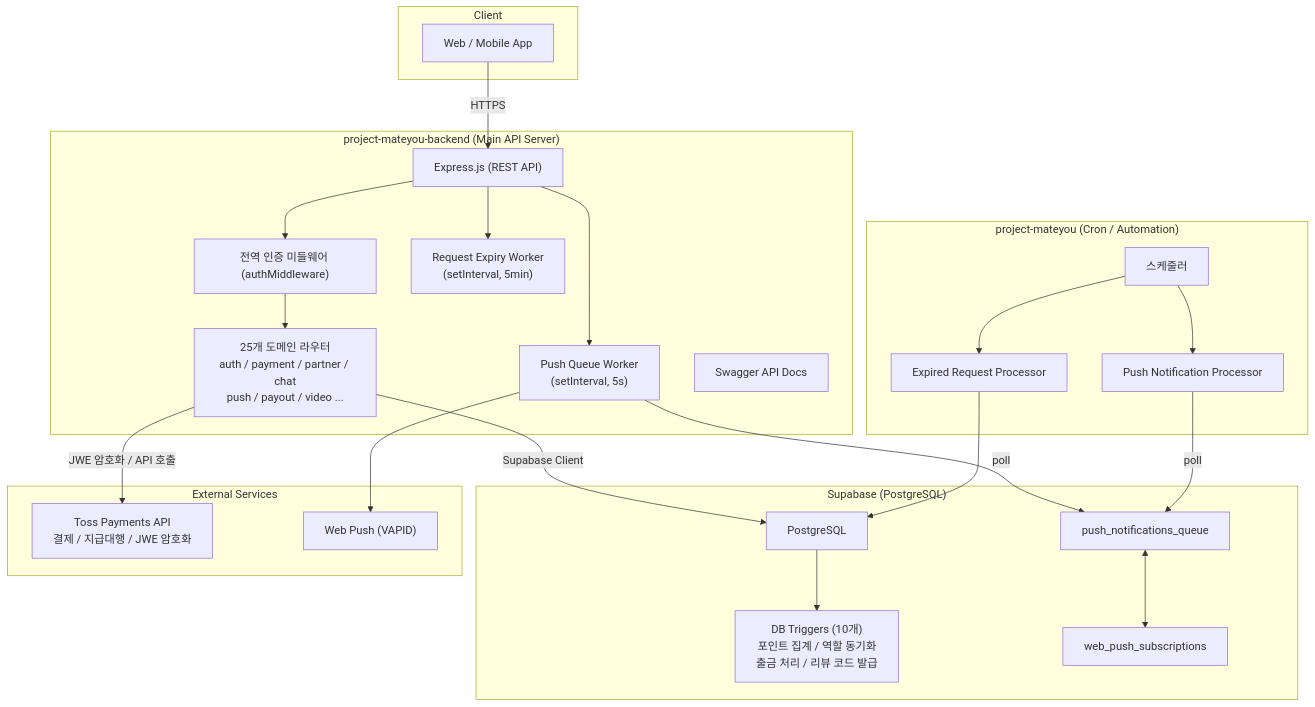
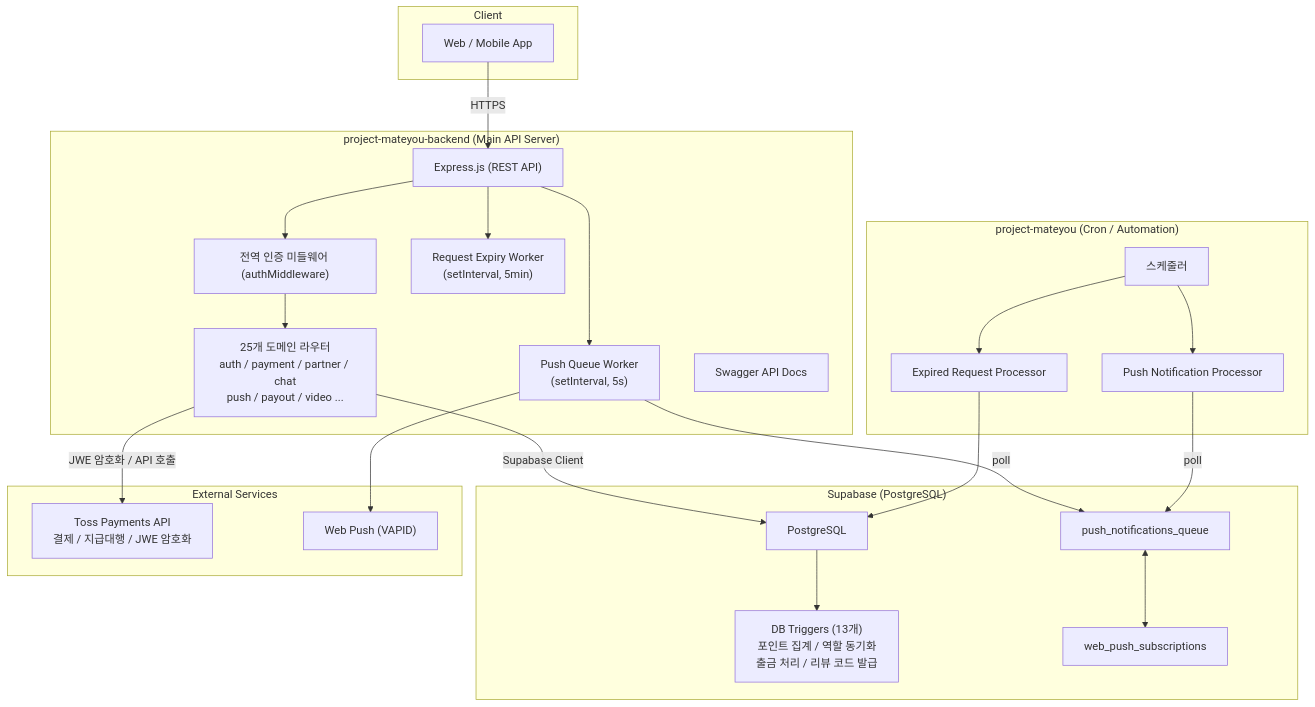
The diagram in my-portfolio/project-mateyou-backend/README.md (youngjaiii/my-portfolio), drawn with Mermaid before and after one commit.

````diff
--- a/my-portfolio/project-mateyou-backend/README.md
+++ b/my-portfolio/project-mateyou-backend/README.md
@@ -37,47 +37,47 @@
 ```mermaid
 graph TD
     subgraph Client
         WEB["Web / Mobile App"]
     end
 
     subgraph "project-mateyou-backend (Main API Server)"
         EXPRESS["Express.js (REST API)"]
         MW["전역 인증 미들웨어 (authMiddleware)"]
         ROUTES["25개 도메인 라우터<br/>auth / payment / partner / chat<br/>push / payout / video ..."]
         WORKER_PUSH["Push Queue Worker<br/>(setInterval, 5s)"]
         WORKER_EXPIRY["Request Expiry Worker<br/>(setInterval, 5min)"]
         SWAGGER["Swagger API Docs"]
     end
 
     subgraph "project-mateyou (Cron / Automation)"
         CRON["스케줄러"]
         PUSH_PROC["Push Notification Processor"]
         EXPIRY_PROC["Expired Request Processor"]
     end
 
     subgraph "Supabase (PostgreSQL)"
         DB["PostgreSQL"]
-        TRIGGERS["DB Triggers (10개)<br/>포인트 집계 / 역할 동기화<br/>출금 처리 / 리뷰 코드 발급"]
+        TRIGGERS["DB Triggers (13개)<br/>포인트 집계 / 역할 동기화<br/>출금 처리 / 리뷰 코드 발급"]
         PUSH_Q["push_notifications_queue"]
         WEB_PUSH_SUB["web_push_subscriptions"]
     end
 
     subgraph "External Services"
         TOSS["Toss Payments API<br/>결제 / 지급대행 / JWE 암호화"]
         WEBPUSH["Web Push (VAPID)"]
     end
 
     WEB -->|HTTPS| EXPRESS
     EXPRESS --> MW --> ROUTES
     EXPRESS --> WORKER_PUSH
     EXPRESS --> WORKER_EXPIRY
     ROUTES -->|Supabase Client| DB
     DB --> TRIGGERS
     WORKER_PUSH -->|poll| PUSH_Q
     WORKER_PUSH --> WEBPUSH
     PUSH_Q <--> WEB_PUSH_SUB
     ROUTES -->|JWE 암호화 / API 호출| TOSS
     CRON --> PUSH_PROC & EXPIRY_PROC
     PUSH_PROC -->|poll| PUSH_Q
     EXPIRY_PROC --> DB
 ```
````
